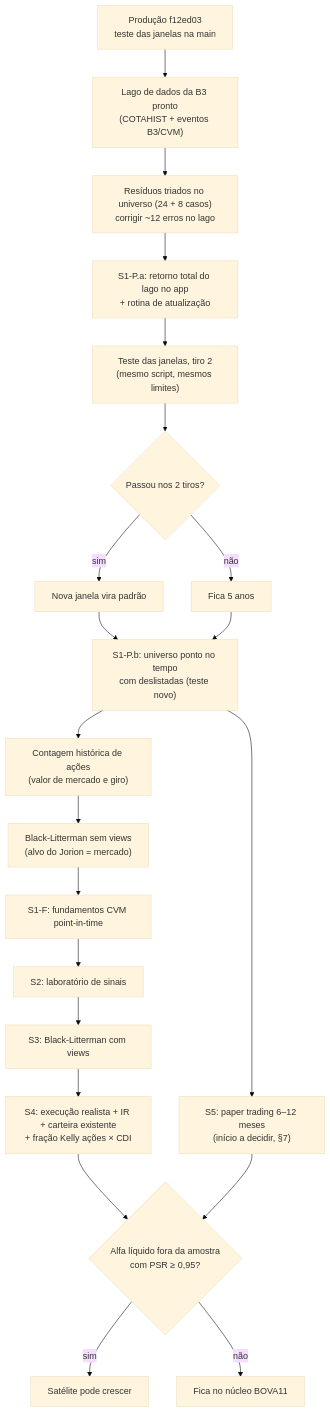
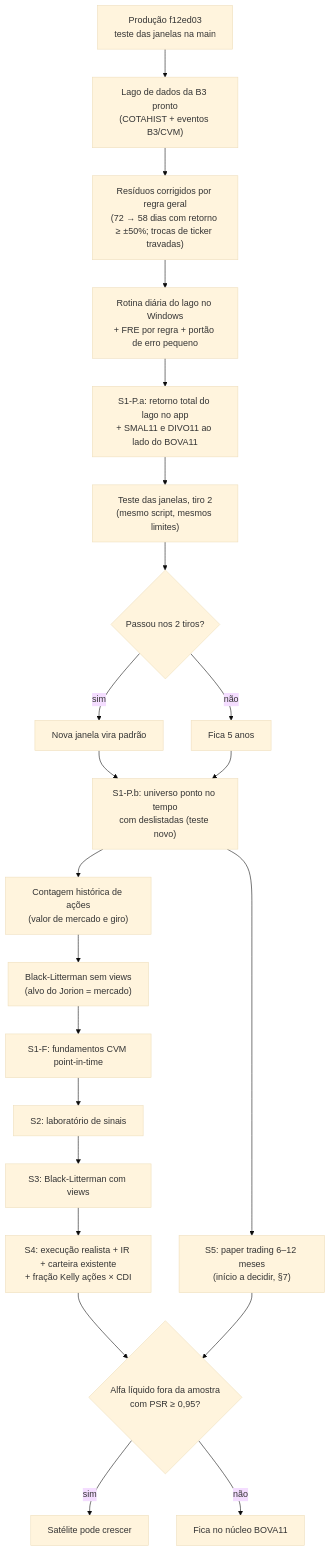
The diagram in docs/ROTEIRO.md (GabrielScript/Portfolio-Optimization), drawn with Mermaid (base theme) before and after one commit. The commit also changed other lines of this file and 3 other files, not shown here.

First line of the commit message:
docs: roteiro e README com o lago corrigido por regras gerais

````diff
--- a/docs/ROTEIRO.md
+++ b/docs/ROTEIRO.md
@@ -55,23 +56,24 @@
 ```mermaid
 flowchart TD
     A["Produção f12ed03<br/>teste das janelas na main"] --> L["Lago de dados da B3 pronto<br/>(COTAHIST + eventos B3/CVM)"]
-    L --> R["Resíduos triados no universo (24 + 8 casos)<br/>corrigir ~12 erros no lago"]
-    R --> D["S1-P.a: retorno total do lago no app<br/>+ rotina de atualização"]
+    L --> R["Resíduos corrigidos por regra geral<br/>(72 → 58 dias com retorno ≥ ±50%; trocas de ticker travadas)"]
+    R --> RT["Rotina diária do lago no Windows<br/>+ FRE por regra + portão de erro pequeno"]
+    RT --> D["S1-P.a: retorno total do lago no app<br/>+ SMAL11 e DIVO11 ao lado do BOVA11"]
     D --> E["Teste das janelas, tiro 2<br/>(mesmo script, mesmos limites)"]
     E --> F{"Passou nos 2 tiros?"}
     F -- sim --> F1["Nova janela vira padrão"]
     F -- não --> F2["Fica 5 anos"]
     F1 --> PB["S1-P.b: universo ponto no tempo<br/>com deslistadas (teste novo)"]
     F2 --> PB
     PB --> S5["S5: paper trading 6–12 meses<br/>(início a decidir, §7)"]
     PB --> CAP["Contagem histórica de ações<br/>(valor de mercado e giro)"]
     CAP --> BL["Black-Litterman sem views<br/>(alvo do Jorion = mercado)"]
     BL --> S1F["S1-F: fundamentos CVM point-in-time"]
     S1F --> S2["S2: laboratório de sinais"]
     S2 --> S3["S3: Black-Litterman com views"]
     S3 --> S4["S4: execução realista + IR + carteira existente<br/>+ fração Kelly ações × CDI"]
     S4 --> OK{"Alfa líquido fora da amostra<br/>com PSR ≥ 0,95?"}
     S5 --> OK
     OK -- sim --> SAT["Satélite pode crescer"]
     OK -- não --> NUC["Fica no núcleo BOVA11"]
 ```
````
